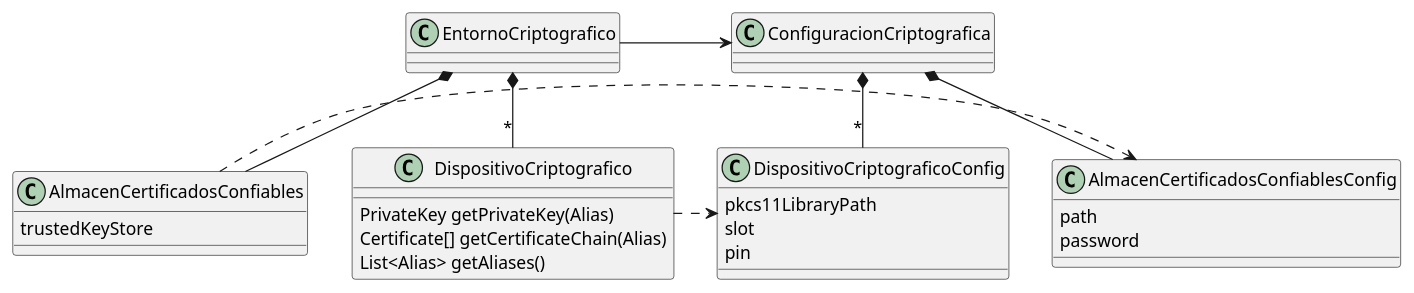
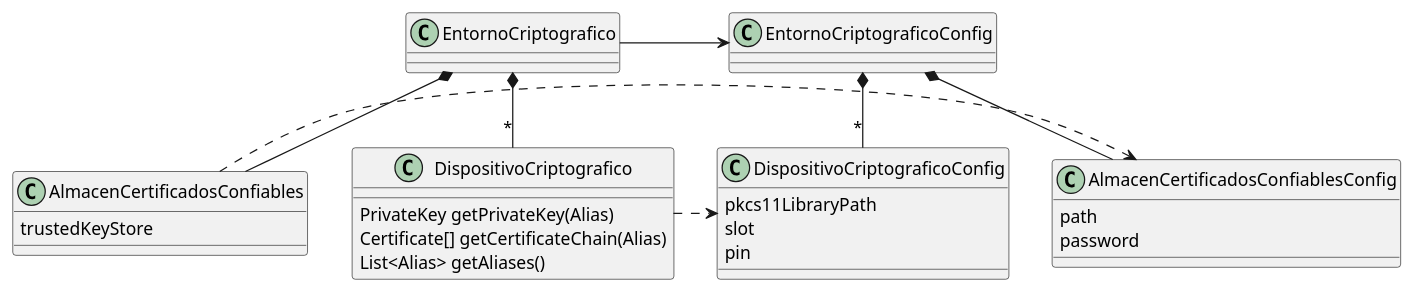
Before and after one commit to educaflow/pruebasLorenzo: the diagram in src/main/java/com/educaflow/common/criptografia/criptografia.plantuml, drawn with PlantUML. The commit also changed 4 other files, not shown here.

```diff
--- a/src/main/java/com/educaflow/common/criptografia/criptografia.plantuml
+++ b/src/main/java/com/educaflow/common/criptografia/criptografia.plantuml
@@ -1,37 +1,37 @@
 @startuml
-EntornoCriptografico -> ConfiguracionCriptografica
+EntornoCriptografico -> EntornoCriptograficoConfig
 
 EntornoCriptografico *--  AlmacenCertificadosConfiables
 EntornoCriptografico *-- "*" DispositivoCriptografico
 
-ConfiguracionCriptografica *--  AlmacenCertificadosConfiablesConfig
-ConfiguracionCriptografica *-- "*" DispositivoCriptograficoConfig
+EntornoCriptograficoConfig *--  AlmacenCertificadosConfiablesConfig
+EntornoCriptograficoConfig *-- "*" DispositivoCriptograficoConfig
 
 
 
 
 class AlmacenCertificadosConfiables {
     trustedKeyStore
 }
 
 class DispositivoCriptografico {
     PrivateKey getPrivateKey(Alias)
     Certificate[] getCertificateChain(Alias)
     List<Alias> getAliases()
 }
 
 class DispositivoCriptograficoConfig {
     pkcs11LibraryPath
     slot
     pin
 }
 
 class AlmacenCertificadosConfiablesConfig {
     path
     password
 }
 
 DispositivoCriptografico .> DispositivoCriptograficoConfig
 AlmacenCertificadosConfiables .> AlmacenCertificadosConfiablesConfig
 
 @enduml
```
